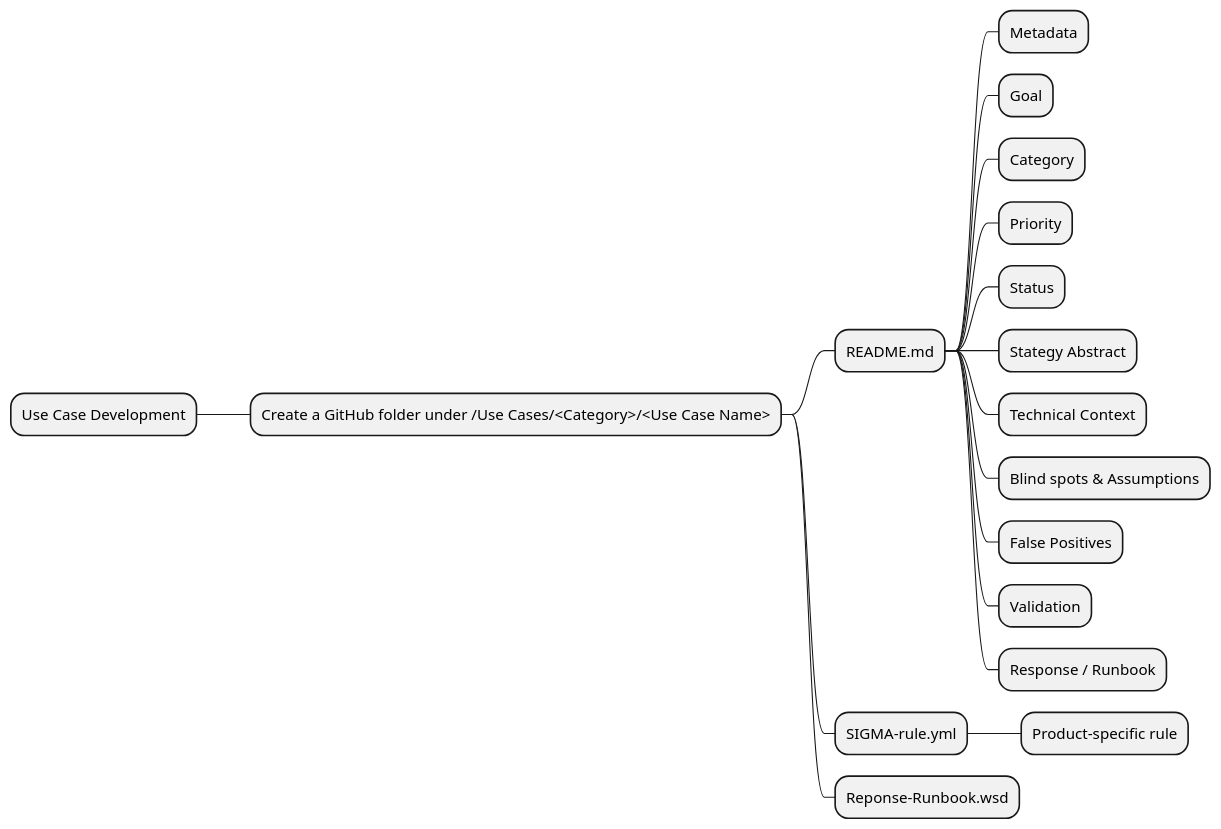
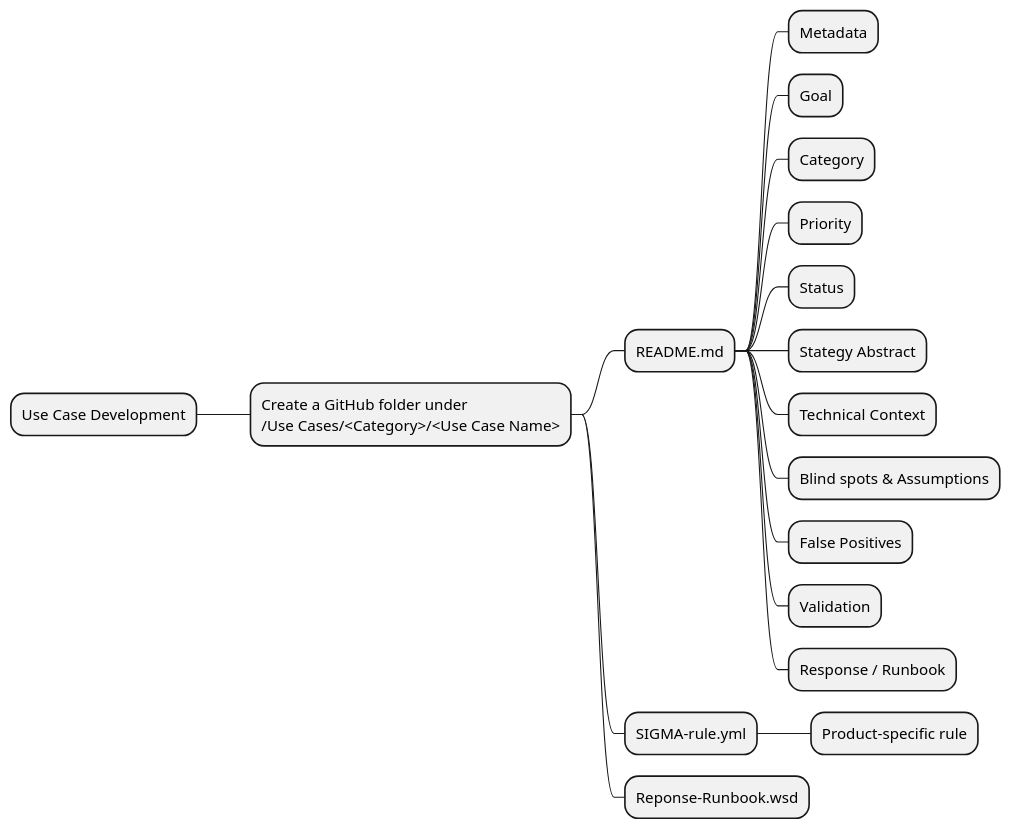
Before and after one commit to brianyaucy/Incident-Response-Playbooks: the diagram in Use Cases/UseCaseMindMap.wsd, drawn with PlantUML. The commit also changed 2 other files, not shown here.

```diff
--- a/Use Cases/UseCaseMindMap.wsd
+++ b/Use Cases/UseCaseMindMap.wsd
@@ -1,26 +1,27 @@
 @startmindmap
 
 + Use Case Development
 
-++ Create a GitHub folder under /Use Cases/<Category>/<Use Case Name>
+**:Create a GitHub folder under 
+/Use Cases/<Category>/<Use Case Name>;
 
 +++ README.md
 ++++ Metadata
 ++++ Goal
 ++++ Category
 ++++ Priority
 ++++ Status
 ++++ Stategy Abstract
 ++++ Technical Context
 ++++ Blind spots & Assumptions
 ++++ False Positives
 ++++ Validation
 ++++ Response / Runbook
 
 +++ SIGMA-rule.yml
 ++++ Product-specific rule
 
 +++ Reponse-Runbook.wsd
 
 
 @endmindmap
```
